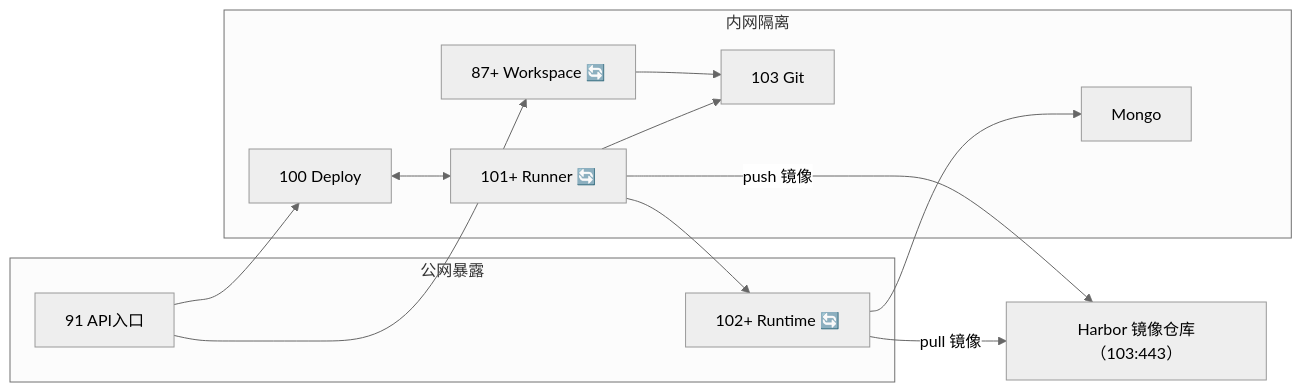
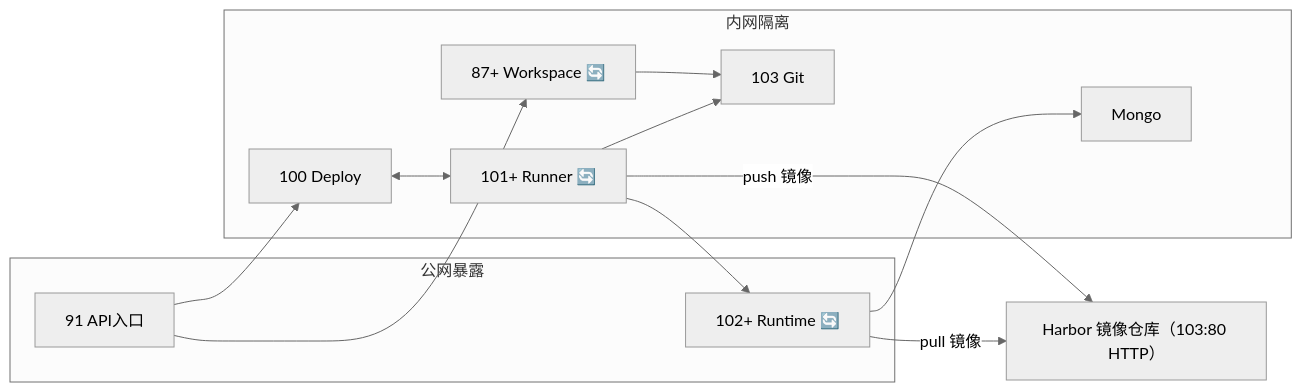
Before and after one commit to ruiAndroid/fun-ai-studio-api: the fourth of 4 diagrams in src/main/resources/doc/domains/architecture/README.md, drawn with Mermaid (neutral theme). The commit also changed other lines of this file and 3 other files, not shown here.

````diff
--- a/src/main/resources/doc/domains/architecture/README.md
+++ b/src/main/resources/doc/domains/architecture/README.md
@@ -214,27 +214,27 @@
 ```mermaid
 flowchart LR
     subgraph Public["公网暴露"]
         P91["91 API入口"]
         P102["102+ Runtime 🔄"]
     end
 
     subgraph Private["内网隔离"]
         S87["87+ Workspace 🔄"]
         S100["100 Deploy"]
         S101["101+ Runner 🔄"]
         S103["103 Git"]
         SMongo["Mongo"]
     end
 
-    Harbor["Harbor 镜像仓库（103:443）"]
+    Harbor["Harbor 镜像仓库（103:80 HTTP）"]
 
     P91 --> S87
     P91 --> S100
     S100 <--> S101
     S101 --> S103
     S101 -->|push 镜像| Harbor
     S101 --> P102
     P102 -->|pull 镜像| Harbor
     P102 --> SMongo
     S87 --> S103
 ```
````
